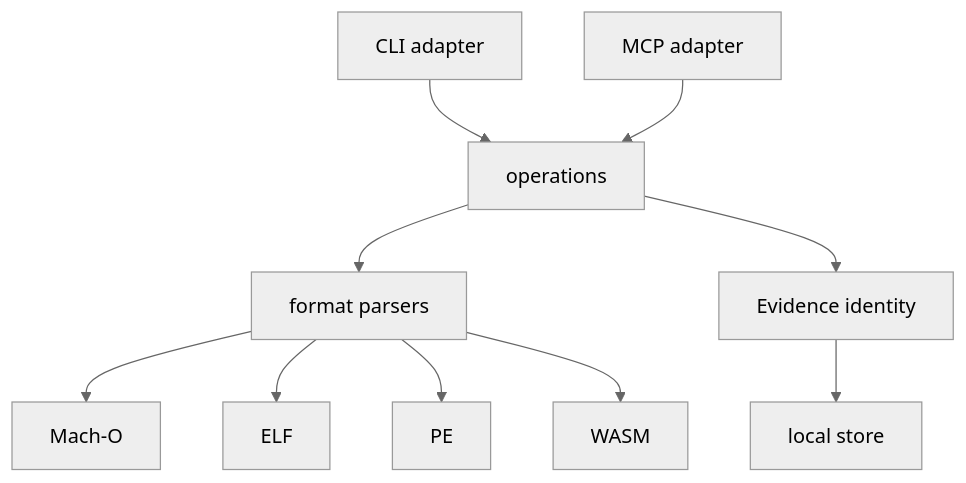
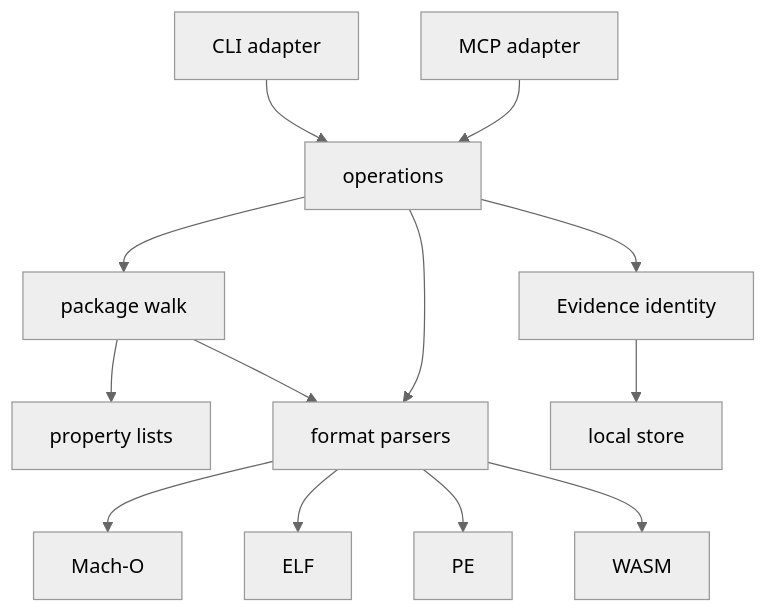
The diagram in docs/architecture.md (Mutersec/traceforge), drawn with Mermaid (neutral theme) before and after one commit. The commit also changed other lines of this file and 23 other files, not shown here.

````diff
--- a/docs/architecture.md
+++ b/docs/architecture.md
@@ -6,12 +6,15 @@
 ```mermaid
 flowchart TB
   CLI[CLI adapter] --> OPS[operations]
   MCP[MCP adapter] --> OPS
+  OPS --> PKG[package walk]
   OPS --> PARSER[format parsers]
   OPS --> EVIDENCE[Evidence identity]
   EVIDENCE --> STORE[local store]
+  PKG --> PLIST[property lists]
+  PKG --> PARSER
   PARSER --> MACHO[Mach-O]
   PARSER --> ELF[ELF]
   PARSER --> PE[PE]
   PARSER --> WASM[WASM]
 ```
````
